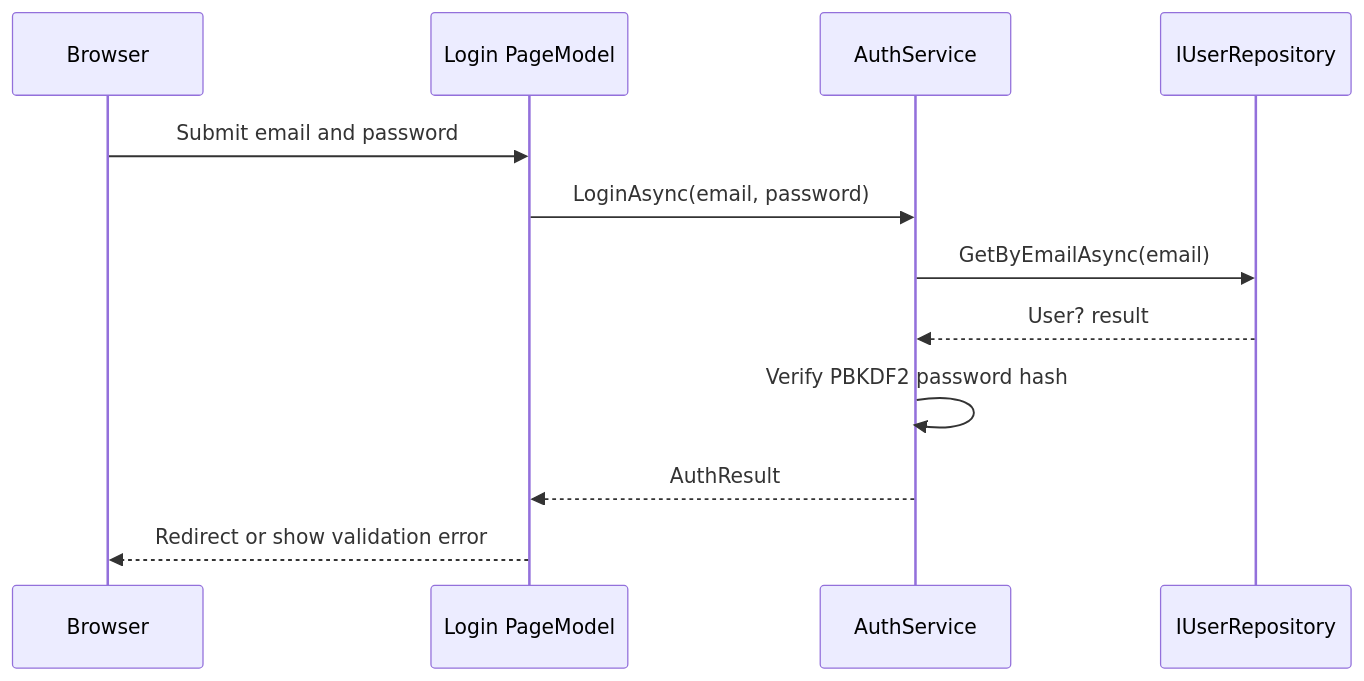
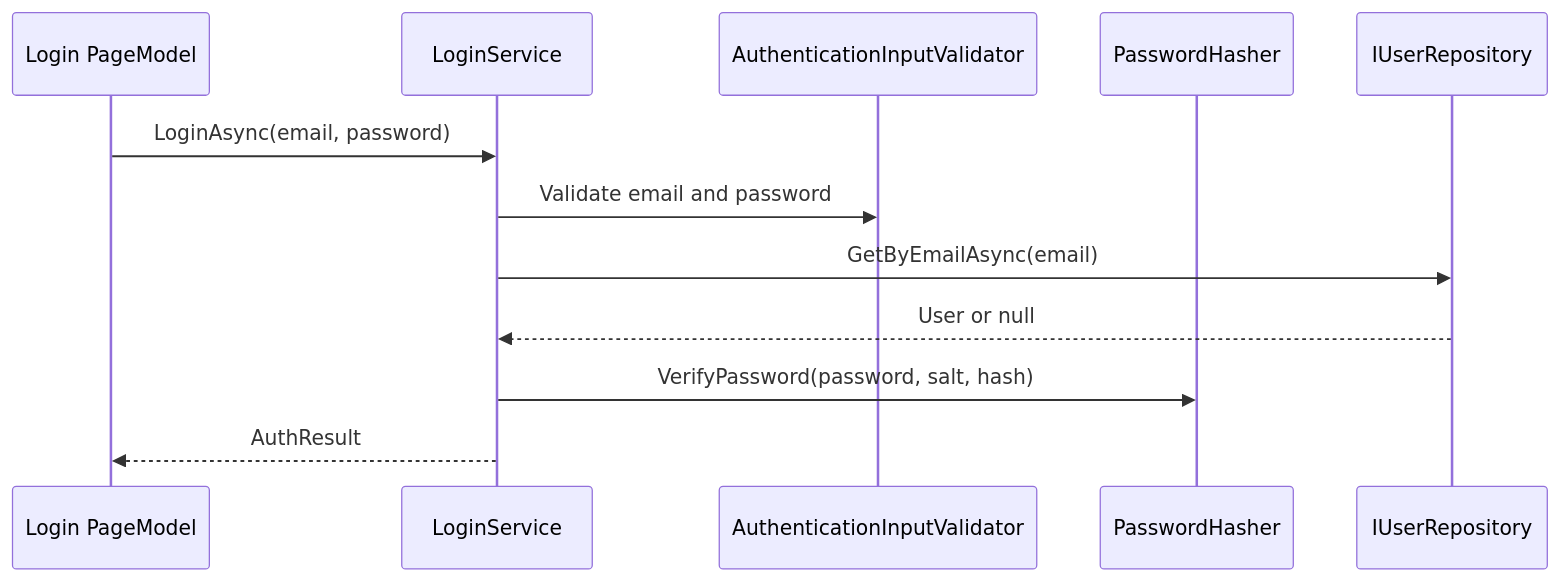
The eighth of 8 diagrams in docs/current-structure.md (StefanKosev1/FitTrack), drawn with Mermaid before and after one commit. The commit also changed other lines of this file and 28 other files, not shown here.

````diff
--- a/docs/current-structure.md
+++ b/docs/current-structure.md
@@ -265,15 +361,15 @@
 ```mermaid
 sequenceDiagram
-    participant Browser
-    participant LoginPage as Login PageModel
-    participant AuthService
-    participant UserRepository as IUserRepository
+    participant Page as Login PageModel
+    participant Service as LoginService
+    participant Validator as AuthenticationInputValidator
+    participant Hasher as PasswordHasher
+    participant Repository as IUserRepository
 
-    Browser->>LoginPage: Submit email and password
-    LoginPage->>AuthService: LoginAsync(email, password)
-    AuthService->>UserRepository: GetByEmailAsync(email)
-    UserRepository-->>AuthService: User? result
-    AuthService->>AuthService: Verify PBKDF2 password hash
-    AuthService-->>LoginPage: AuthResult
-    LoginPage-->>Browser: Redirect or show validation error
+    Page->>Service: LoginAsync(email, password)
+    Service->>Validator: Validate email and password
+    Service->>Repository: GetByEmailAsync(email)
+    Repository-->>Service: User or null
+    Service->>Hasher: VerifyPassword(password, salt, hash)
+    Service-->>Page: AuthResult
 ```
````
